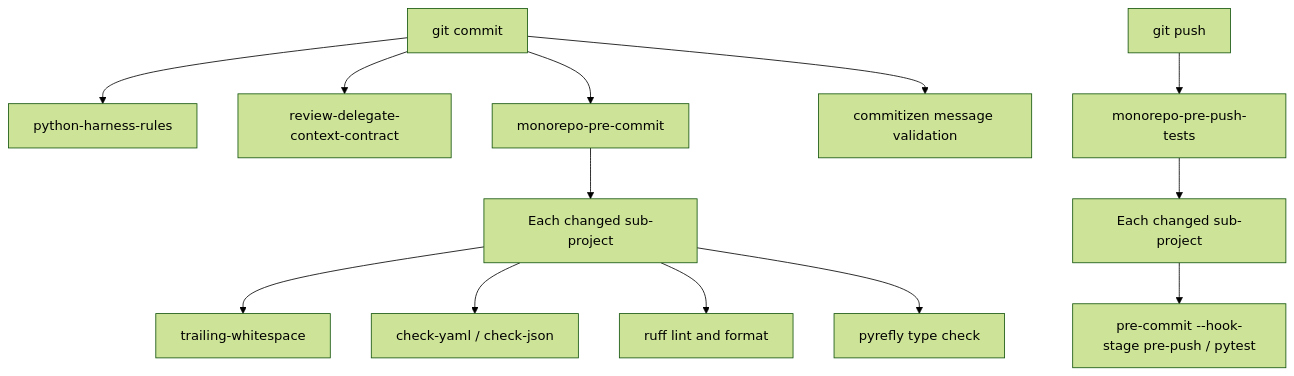
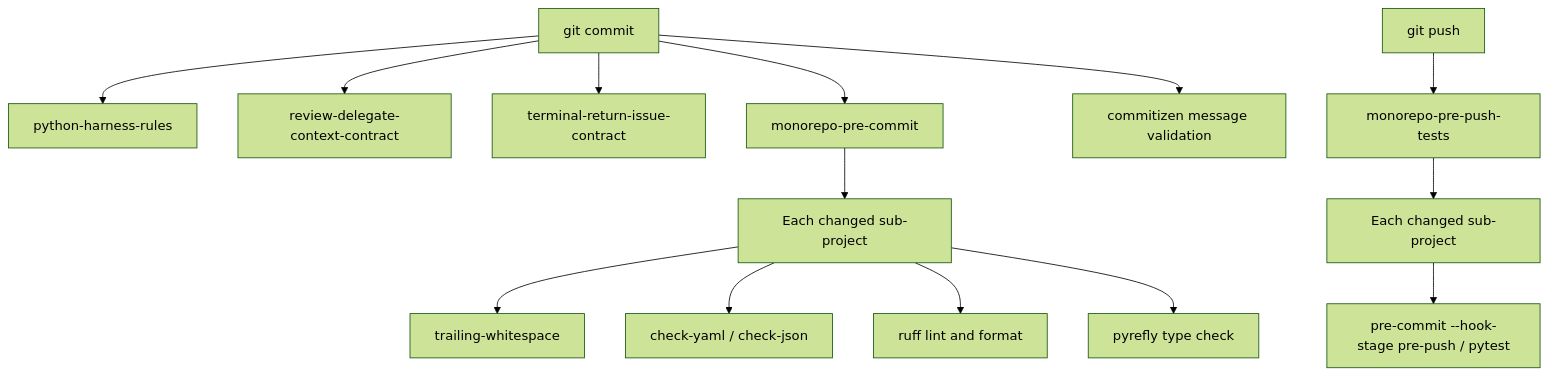
One commit to E5presso/spakky-framework changed the diagram in CONTRIBUTING.md. Above: the diagram before and after it, drawn with Mermaid (forest theme). The commit also changed other lines of this file and 5 other files, not shown here.

Commit message:
fix(harness): align terminal return issue identifiers

````diff
--- a/CONTRIBUTING.md
+++ b/CONTRIBUTING.md
@@ -98,18 +98,19 @@
 ```mermaid
 flowchart TD
     commit[git commit]
     commit --> pythonharness[python-harness-rules]
     commit --> reviewcontract[review-delegate-context-contract]
+    commit --> terminal[terminal-return-issue-contract]
     commit --> precommit[monorepo-pre-commit]
     commit --> commitizen[commitizen message validation]
     precommit --> changed[Each changed sub-project]
     changed --> whitespace[trailing-whitespace]
     changed --> syntax[check-yaml / check-json]
     changed --> ruff[ruff lint and format]
     changed --> pyrefly[pyrefly type check]
 
     push[git push]
     push --> prepush[monorepo-pre-push-tests]
     prepush --> subproject[Each changed sub-project]
     subproject --> pytest[pre-commit --hook-stage pre-push / pytest]
 ```
````
